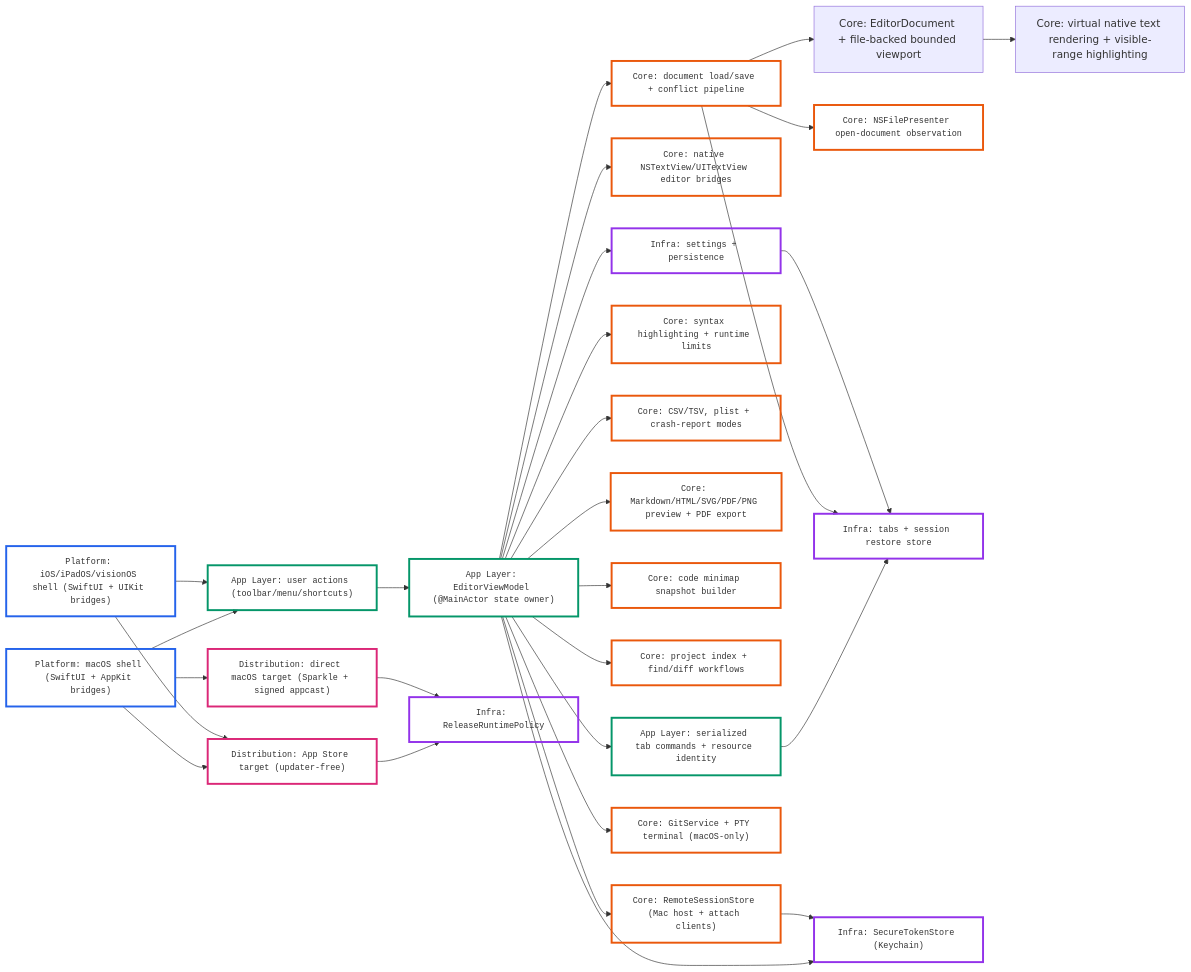
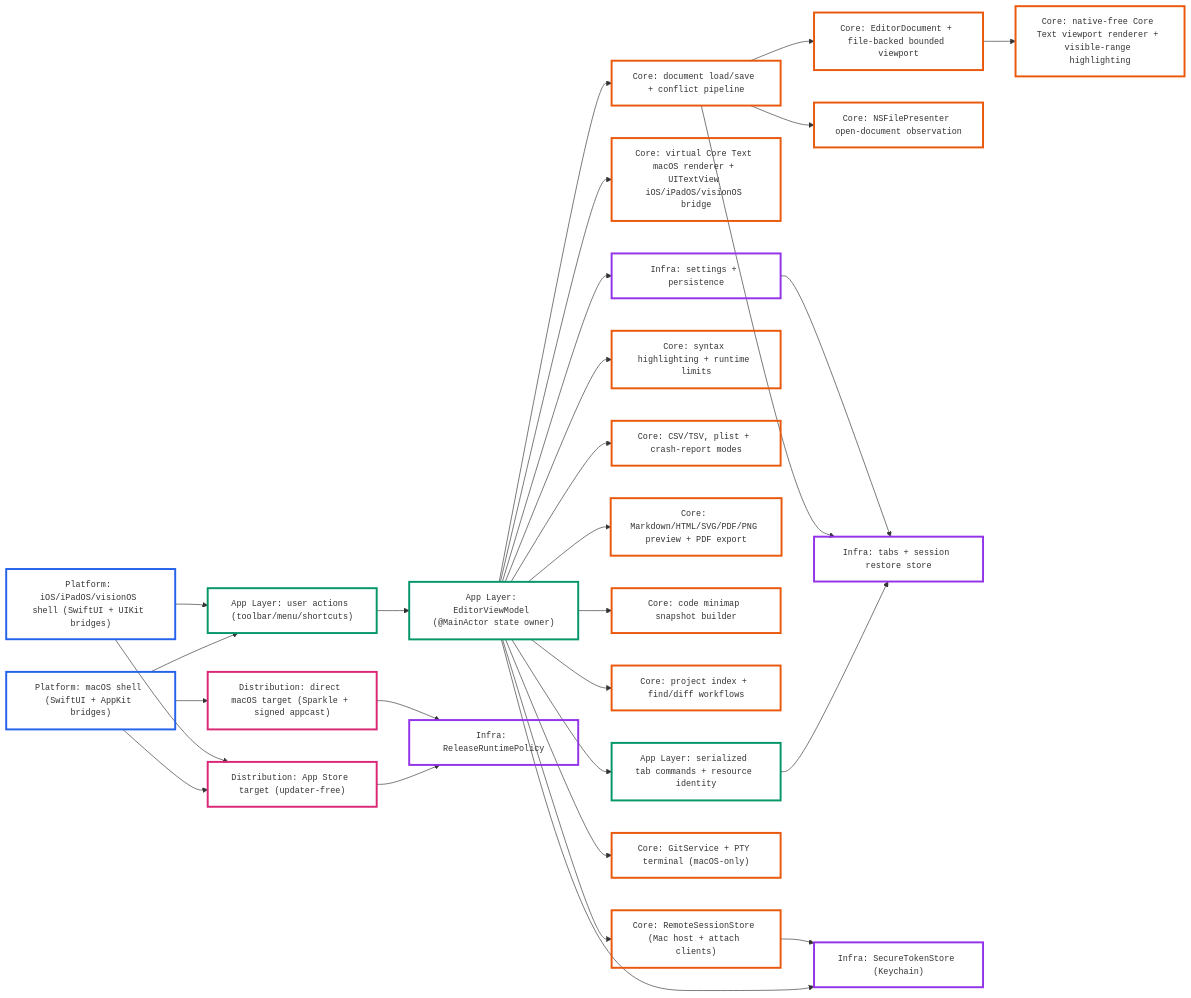
The first of 2 diagrams in README.md (h3pdesign/Neon-Vision-Editor), drawn with Mermaid before and after one commit. The commit also changed other lines of this file and 62 other files, not shown here.

Commit message:
feat: enhance virtual editor and project workflows

````diff
--- a/README.md
+++ b/README.md
@@ -416,66 +417,66 @@
 ```mermaid
 flowchart LR
   Mac["Platform: macOS shell (SwiftUI + AppKit bridges)"]
   Touch["Platform: iOS/iPadOS/visionOS shell (SwiftUI + UIKit bridges)"]
   ACT["App Layer: user actions (toolbar/menu/shortcuts)"]
   VM["App Layer: EditorViewModel (@MainActor state owner)"]
   CMD["App Layer: serialized tab commands + resource identity"]
-  TEXT["Core: native NSTextView/UITextView editor bridges"]
+  TEXT["Core: virtual Core Text macOS renderer + UITextView iOS/iPadOS/visionOS bridge"]
   DOC["Core: document load/save + conflict pipeline"]
   FBD["Core: EditorDocument + file-backed bounded viewport"]
-  VTR["Core: virtual native text rendering + visible-range highlighting"]
+  VTR["Core: native-free Core Text viewport renderer + visible-range highlighting"]
   OBS["Core: NSFilePresenter open-document observation"]
   HL["Core: syntax highlighting + runtime limits"]
   STRUCT["Core: CSV/TSV, plist + crash-report modes"]
   PREV["Core: Markdown/HTML/SVG/PDF/PNG preview + PDF export"]
   MINI["Core: code minimap snapshot builder"]
   NAV["Core: project index + find/diff workflows"]
   REMOTE["Core: RemoteSessionStore (Mac host + attach clients)"]
   DESKTOP["Core: GitService + PTY terminal (macOS-only)"]
   STORE["Infra: tabs + session restore store"]
   PREFS["Infra: settings + persistence"]
   SEC["Infra: SecureTokenStore (Keychain)"]
   POLICY["Infra: ReleaseRuntimePolicy"]
   MAS["Distribution: App Store target (updater-free)"]
   DIRECT["Distribution: direct macOS target (Sparkle + signed appcast)"]
 
   Mac --> ACT
   Touch --> ACT
   ACT --> VM
   VM --> CMD
   CMD --> STORE
   VM --> TEXT
   VM --> DOC
   DOC --> FBD
   FBD --> VTR
   DOC --> OBS
   DOC --> STORE
   VM --> HL
   VM --> STRUCT
   VM --> PREV
   VM --> MINI
   VM --> NAV
   VM --> REMOTE
   VM --> DESKTOP
   VM --> PREFS
   PREFS --> STORE
   VM --> SEC
   REMOTE --> SEC
   Mac --> MAS
   Mac --> DIRECT
   Touch --> MAS
   MAS --> POLICY
   DIRECT --> POLICY
 
   classDef platform stroke:#2563EB,stroke-width:3px,fill:transparent,font-family:ui-monospace\, SFMono-Regular\, Menlo\, Monaco\, Consolas\, Liberation Mono\, monospace,font-size:13px;
   classDef app stroke:#059669,stroke-width:3px,fill:transparent,font-family:ui-monospace\, SFMono-Regular\, Menlo\, Monaco\, Consolas\, Liberation Mono\, monospace,font-size:13px;
   classDef core stroke:#EA580C,stroke-width:3px,fill:transparent,font-family:ui-monospace\, SFMono-Regular\, Menlo\, Monaco\, Consolas\, Liberation Mono\, monospace,font-size:13px;
   classDef infra stroke:#9333EA,stroke-width:3px,fill:transparent,font-family:ui-monospace\, SFMono-Regular\, Menlo\, Monaco\, Consolas\, Liberation Mono\, monospace,font-size:13px;
   classDef distribution stroke:#DB2777,stroke-width:3px,fill:transparent,font-family:ui-monospace\, SFMono-Regular\, Menlo\, Monaco\, Consolas\, Liberation Mono\, monospace,font-size:13px;
 
   class Mac,Touch platform;
   class ACT,VM,CMD app;
-  class TEXT,DOC,OBS,HL,STRUCT,PREV,MINI,NAV,REMOTE,DESKTOP core;
+  class TEXT,DOC,FBD,VTR,OBS,HL,STRUCT,PREV,MINI,NAV,REMOTE,DESKTOP core;
   class STORE,PREFS,SEC,POLICY infra;
   class MAS,DIRECT distribution;
 ```
````
